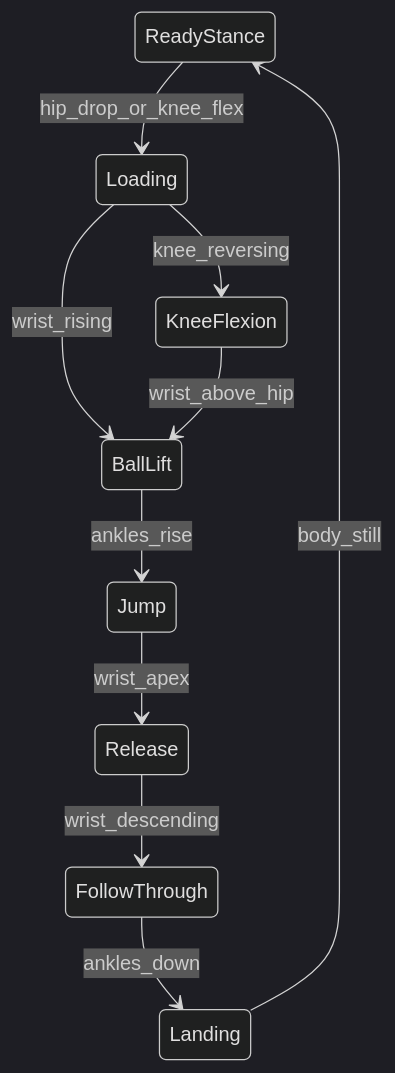
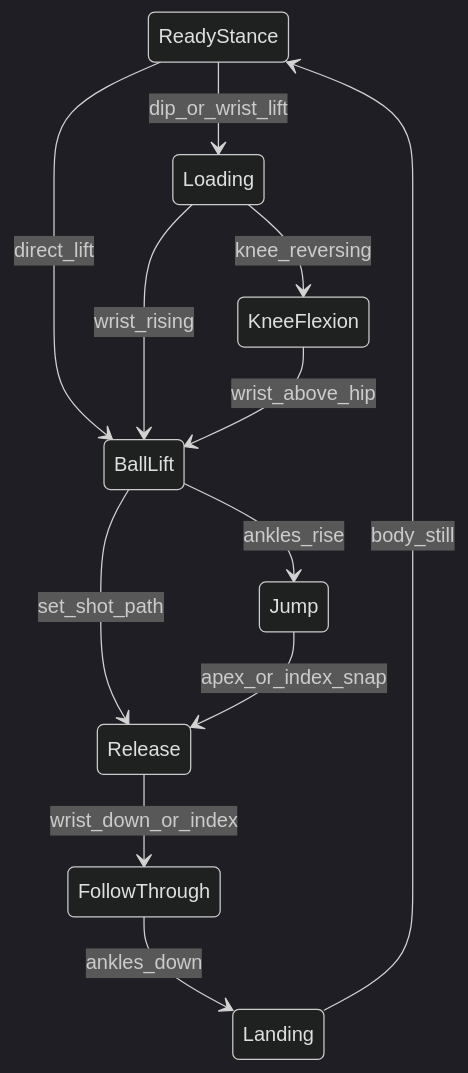
Before and after one commit to kareem-sh/Swishy: the diagram in docs/PHASE_DETECTION.md, drawn with Mermaid (dark theme). The commit also changed other lines of this file and 48 other files, not shown here.

````diff
--- a/docs/PHASE_DETECTION.md
+++ b/docs/PHASE_DETECTION.md
@@ -71,12 +35,14 @@
 ```mermaid
 stateDiagram-v2
-    ReadyStance --> Loading: hip_drop_or_knee_flex
+    ReadyStance --> Loading: dip_or_wrist_lift
+    ReadyStance --> BallLift: direct_lift
     Loading --> KneeFlexion: knee_reversing
     Loading --> BallLift: wrist_rising
     KneeFlexion --> BallLift: wrist_above_hip
     BallLift --> Jump: ankles_rise
-    Jump --> Release: wrist_apex
-    Release --> FollowThrough: wrist_descending
+    BallLift --> Release: set_shot_path
+    Jump --> Release: apex_or_index_snap
+    Release --> FollowThrough: wrist_down_or_index
     FollowThrough --> Landing: ankles_down
     Landing --> ReadyStance: body_still
 ```
````
